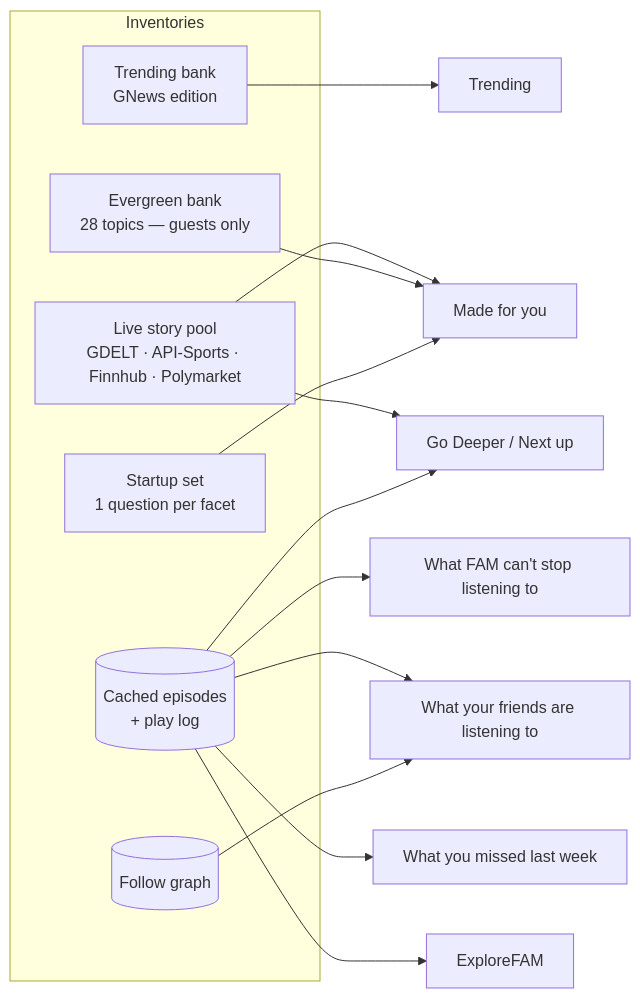
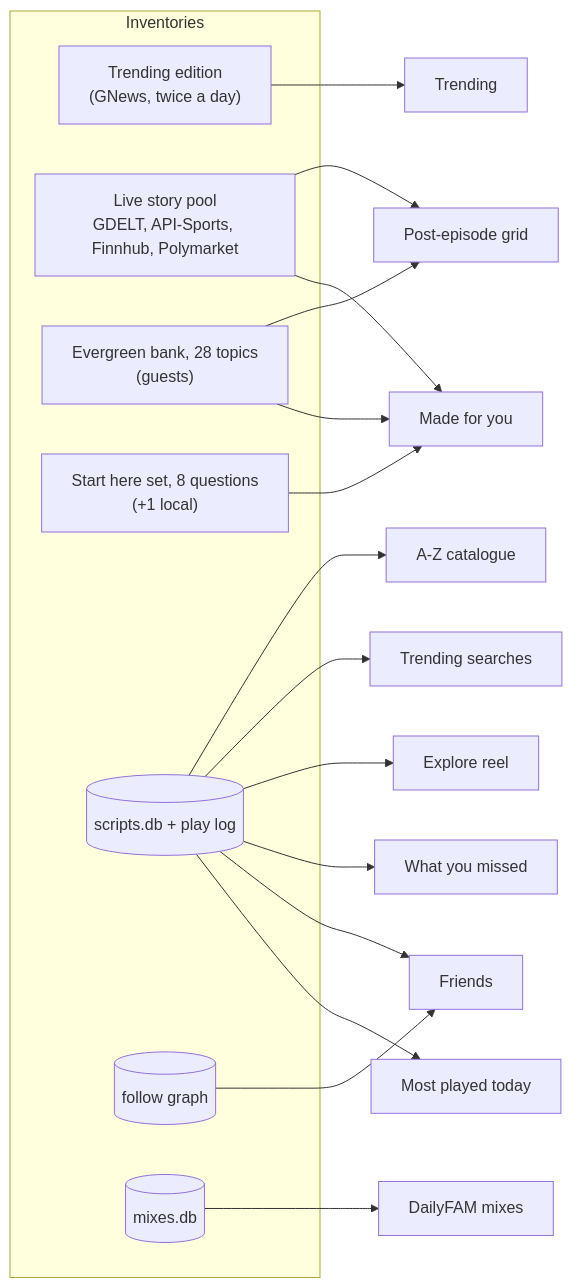
Before and after one commit to tjweingart-byte/FAM: the fifth of 5 diagrams in docs/BACKEND.md, drawn with Mermaid. The commit also changed other lines of this file, not shown here.

````diff
--- a/docs/BACKEND.md
+++ b/docs/BACKEND.md
@@ -196,22 +395,26 @@
 ```mermaid
 flowchart LR
   subgraph Inventories
-    TB[Trending bank<br/>GNews edition]
-    LP[Live story pool<br/>GDELT · API-Sports · Finnhub · Polymarket]
-    BANK[Evergreen bank<br/>28 topics — guests only]
-    ST[Startup set<br/>1 question per facet]
-    CACHE[(Cached episodes<br/>+ play log)]
-    GRAPH[(Follow graph)]
+    TB["Trending edition<br/>(GNews, twice a day)"]
+    LP["Live story pool<br/>GDELT, API-Sports, Finnhub, Polymarket"]
+    BANK["Evergreen bank, 28 topics<br/>(guests)"]
+    ST["Start here set, 8 questions<br/>(+1 local)"]
+    CACHE[("scripts.db + play log")]
+    GRAPH[("follow graph")]
+    MIX[("mixes.db")]
   end
   TB --> TR[Trending]
   LP --> MFY[Made for you]
   BANK --> MFY
   ST --> MFY
-  CACHE --> MP[What FAM can't stop listening to]
-  CACHE --> FR[What your friends are listening to]
+  CACHE --> MP[Most played today]
+  CACHE --> FR[Friends]
   GRAPH --> FR
-  CACHE --> MI[What you missed last week]
-  CACHE --> EX[ExploreFAM]
-  LP --> GD[Go Deeper / Next up]
-  CACHE --> GD
+  CACHE --> MI[What you missed]
+  CACHE --> EX[Explore reel]
+  CACHE --> TS[Trending searches]
+  CACHE --> CAT[A-Z catalogue]
+  MIX --> DF[DailyFAM mixes]
+  LP --> NX[Post-episode grid]
+  BANK --> NX
 ```
````
